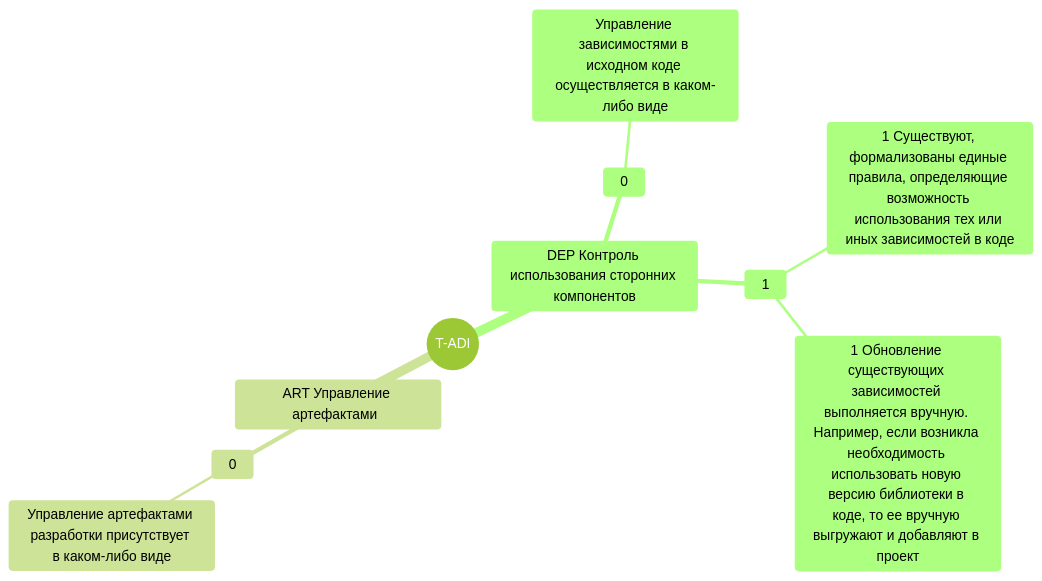
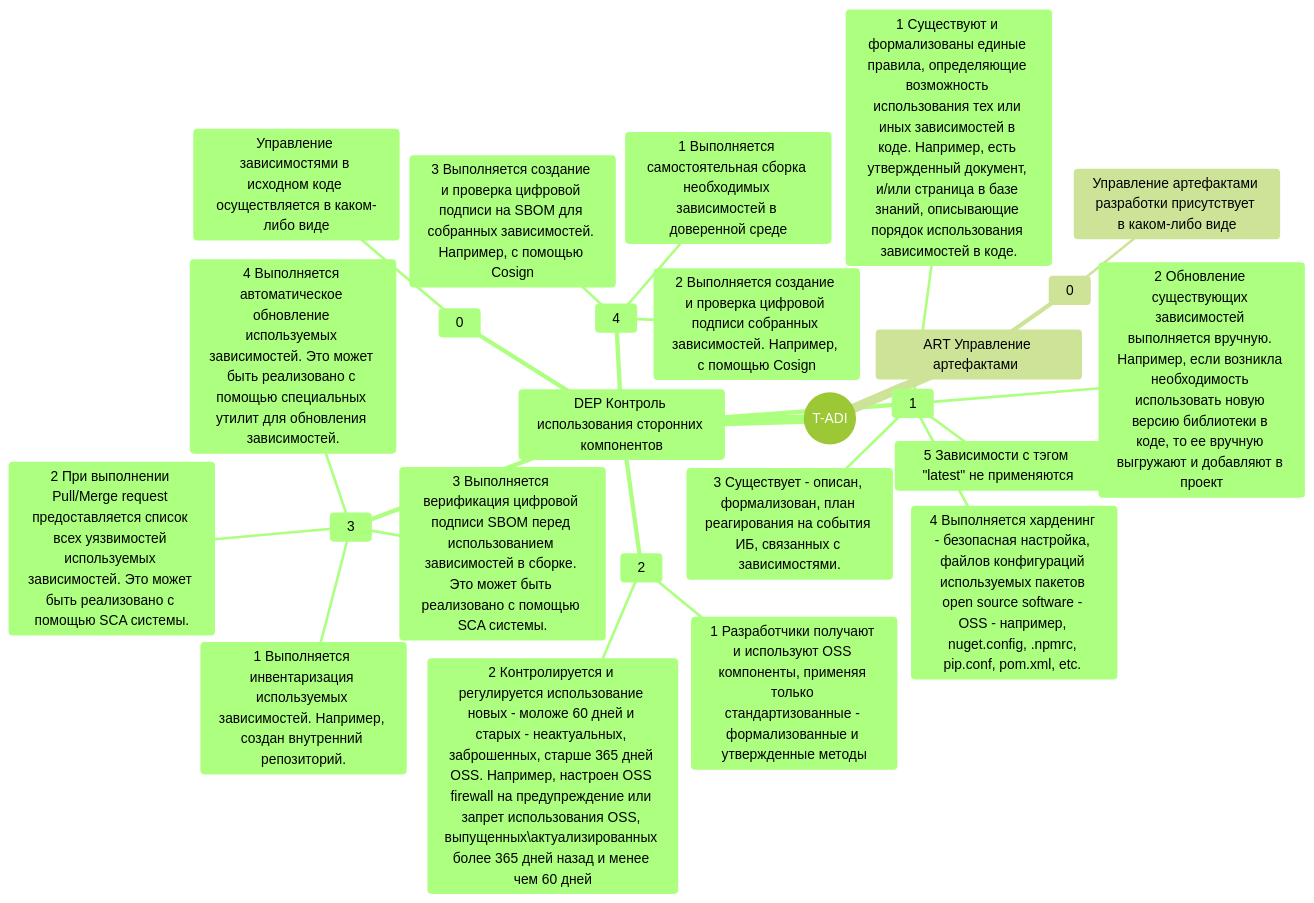
The first of 2 diagrams in README.md (k0yt/mindmap-DAF), drawn with Mermaid before and after one commit.

````diff
--- a/README.md
+++ b/README.md
@@ -3,14 +3,29 @@
 ```mermaid
 %%{init: {'theme':'forest'}}%%
 mindmap
   root((T-ADI))
     DEP Контроль использования сторонних компонентов
       0
         Управление зависимостями в исходном коде осуществляется в каком-либо виде
-      1 
-        1 Существуют, формализованы единые правила, определяющие возможность использования тех или иных зависимостей в коде
-        1 Обновление существующих зависимостей выполняется вручную. Например, если возникла необходимость использовать новую версию библиотеки в коде, то ее вручную выгружают и добавляют в проект
+      1
+        1 Существуют и формализованы единые правила, определяющие возможность использования тех или иных зависимостей в коде. Например, есть утвержденный документ, и/или страница в базе знаний, описывающие порядок использования зависимостей в коде.
+        2 Обновление существующих зависимостей выполняется вручную. Например, если возникла необходимость использовать новую версию библиотеки в коде, то ее вручную выгружают и добавляют в проект
+        3 Существует - описан, формализован, план реагирования на события ИБ, связанных с зависимостями.
+        4 Выполняется харденинг - безопасная настройка, файлов конфигураций используемых пакетов open source software - OSS - например, nuget.config, .npmrc, pip.conf, pom.xml, etc. 
+        5 Зависимости с тэгом "latest" не применяются
+      2
+        1 Разработчики получают и используют OSS компоненты, применяя только стандартизованные - формализованные и утвержденные методы
+        2 Контролируется и регулируется использование новых - моложе 60 дней и старых - неактуальных, заброшенных, старше 365 дней OSS. Например, настроен OSS firewall на предупреждение или запрет использования OSS, выпущенных\актуализированных более 365 дней назад и менее чем 60 дней
+      3
+        1 Выполняется инвентаризация используемых зависимостей. Например, создан внутренний репозиторий.
+        2 При выполнении Pull/Merge request предоставляется список всех уязвимостей используемых зависимостей. Это может быть реализовано с помощью SCA системы.
+        3 Выполняется верификация цифровой подписи SBOM перед использованием зависимостей в сборке. Это может быть реализовано с помощью SCA системы.
+        4 Выполняется автоматическое обновление используемых зависимостей. Это может быть реализовано с помощью специальных утилит для обновления зависимостей.
+      4
+        1 Выполняется самостоятельная сборка необходимых зависимостей в доверенной среде
+        2 Выполняется создание и проверка цифровой подписи собранных зависимостей. Например, с помощью Cosign
+        3 Выполняется создание и проверка цифровой подписи на SBOM для собранных зависимостей. Например, с помощью Cosign
     ART Управление артефактами	
       0
         Управление артефактами разработки присутствует в каком-либо виде
 ```
````
